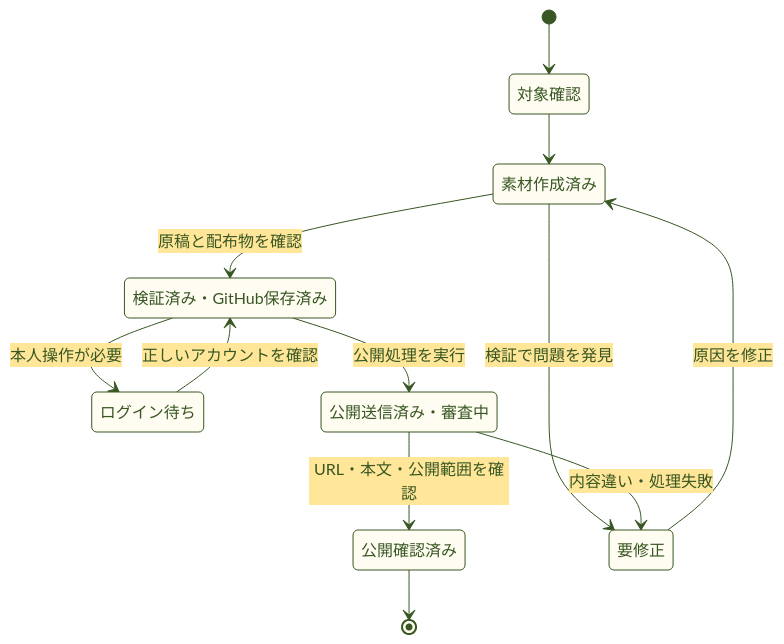
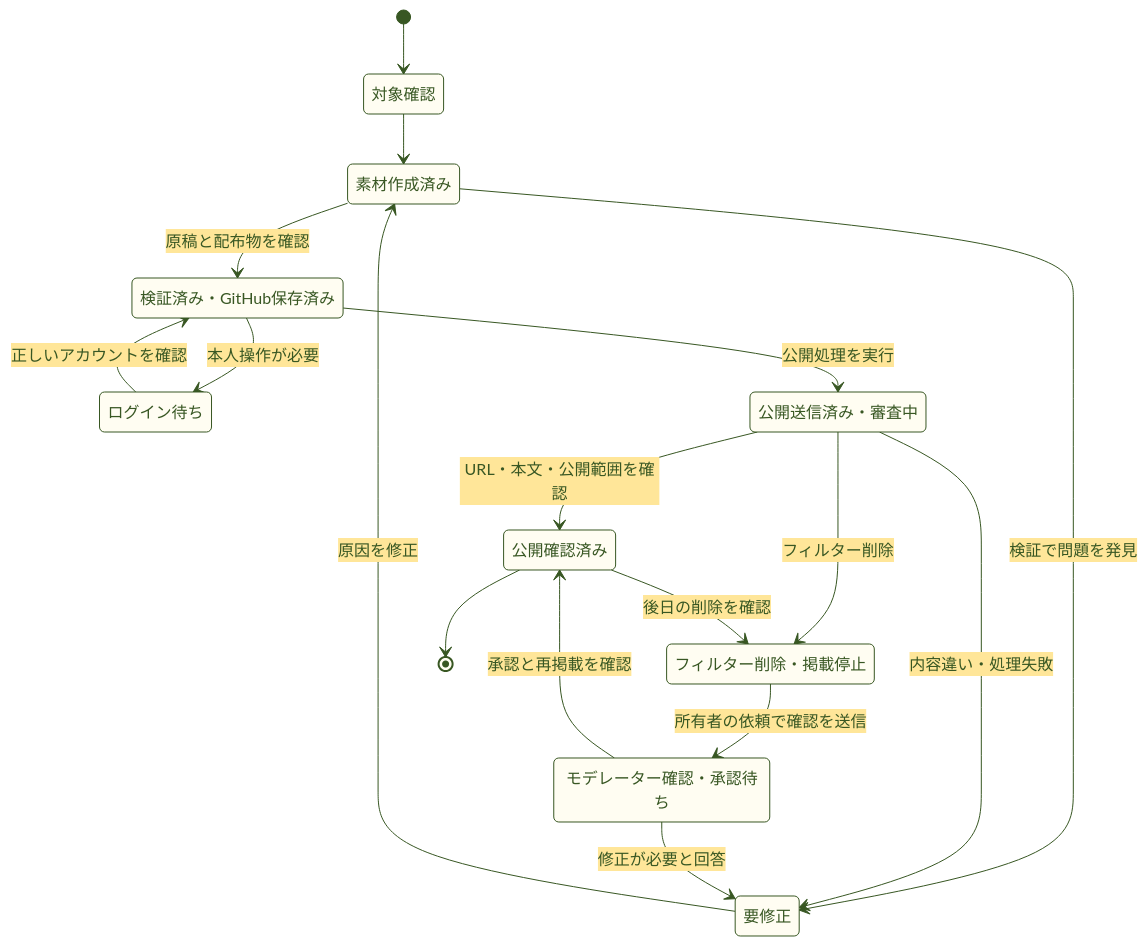
One commit to 5garashi/mdEditor changed the fourth of 5 diagrams in promotion/PROMOTION-SYSTEM.md. Above: the diagram before and after it, drawn with Mermaid. The commit also changed other lines of this file and 4 other files, not shown here.

````diff
--- a/promotion/PROMOTION-SYSTEM.md
+++ b/promotion/PROMOTION-SYSTEM.md
@@ -139,22 +142,29 @@
 ```mermaid
 %%{init: {'theme':'base','themeVariables':{'primaryColor':'#FFFDF2','primaryTextColor':'#385723','primaryBorderColor':'#385723','lineColor':'#385723','secondaryColor':'#FFE699','tertiaryColor':'#F9EFCB'}}}%%
 stateDiagram-v2
     [*] --> Planned
     state "対象確認" as Planned
     state "素材作成済み" as Prepared
     state "検証済み・GitHub保存済み" as Saved
     state "ログイン待ち" as Login
     state "公開送信済み・審査中" as Submitted
     state "公開確認済み" as Verified
     state "要修正" as Fix
+    state "フィルター削除・掲載停止" as Removed
+    state "モデレーター確認・承認待ち" as Review
     Planned --> Prepared
     Prepared --> Saved: 原稿と配布物を確認
     Prepared --> Fix: 検証で問題を発見
     Fix --> Prepared: 原因を修正
     Saved --> Login: 本人操作が必要
     Login --> Saved: 正しいアカウントを確認
     Saved --> Submitted: 公開処理を実行
     Submitted --> Verified: URL・本文・公開範囲を確認
     Submitted --> Fix: 内容違い・処理失敗
+    Submitted --> Removed: フィルター削除
+    Verified --> Removed: 後日の削除を確認
+    Removed --> Review: 所有者の依頼で確認を送信
+    Review --> Verified: 承認と再掲載を確認
+    Review --> Fix: 修正が必要と回答
     Verified --> [*]
 ```
````
